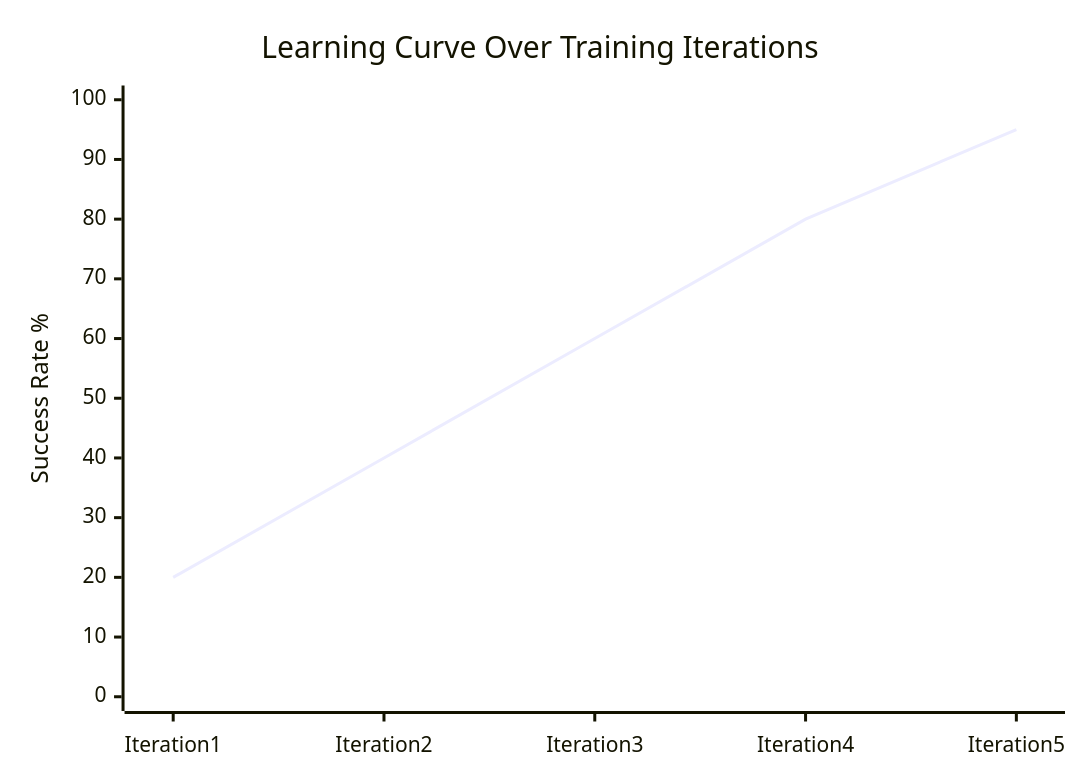
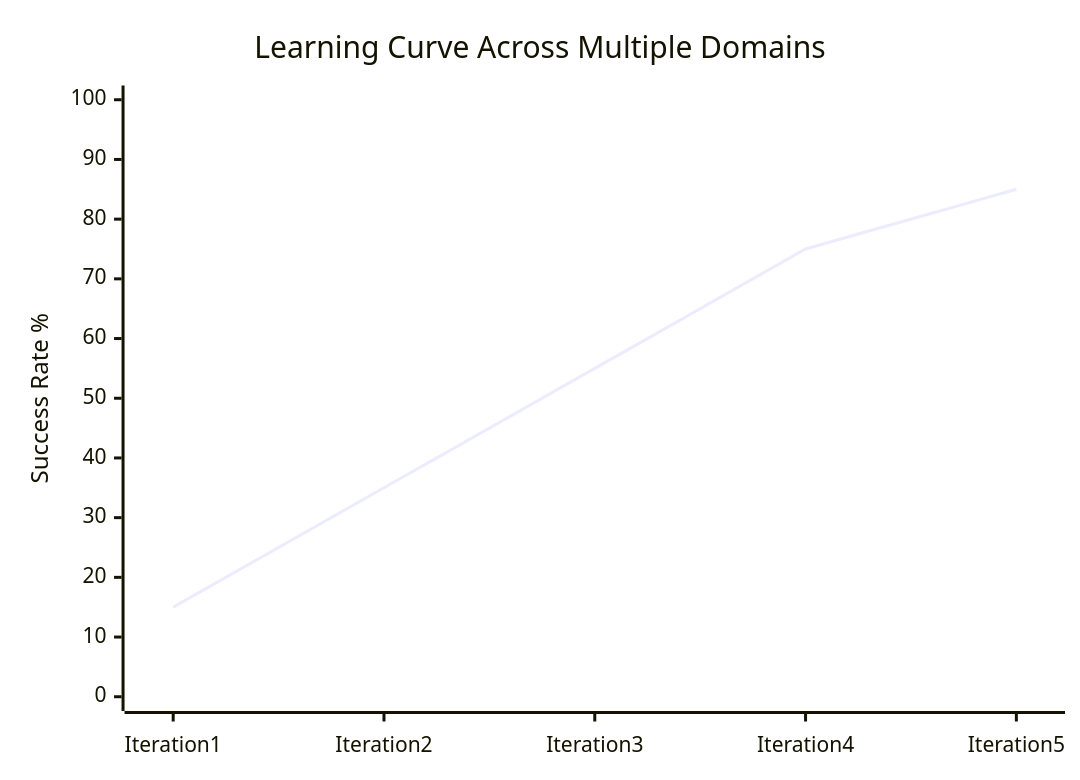
Diagram 11 of 12 in README.md (Psilocybin2K/qwen-rl), drawn with Mermaid before and after one commit. The commit also changed other lines of this file, not shown here.

````diff
--- a/README.md
+++ b/README.md
@@ -490,7 +512,7 @@
 ```mermaid
 xychart-beta
-    title "Learning Curve Over Training Iterations"
+    title "Learning Curve Across Multiple Domains"
     x-axis [Iteration1, Iteration2, Iteration3, Iteration4, Iteration5]
     y-axis "Success Rate %" 0 --> 100
-    line [20, 40, 60, 80, 95]
+    line [15, 35, 55, 75, 85]
 ```
````
